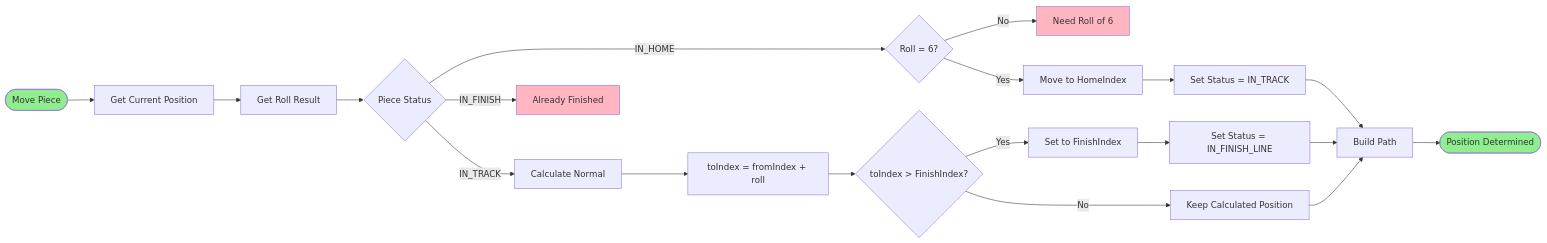
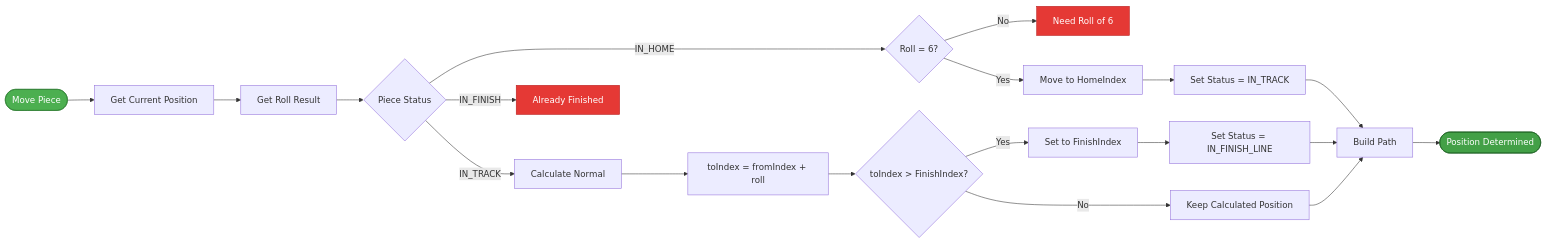
The ninth of 17 diagrams in gameplay-diagram.md (huanchainrgp/ludo-docs), drawn with Mermaid before and after one commit. The commit also changed other lines of this file and 1 other file, not shown here.

````diff
--- a/gameplay-diagram.md
+++ b/gameplay-diagram.md
@@ -385,34 +385,34 @@
 ```mermaid
 flowchart LR
     Start([Move Piece]) --> GetCurrent[Get Current Position]
     GetCurrent --> GetRoll[Get Roll Result]
     
     GetRoll --> CheckStatus{Piece Status}
     
     CheckStatus -->|IN_HOME| CheckRoll6{Roll = 6?}
     CheckStatus -->|IN_TRACK| CalculateNormal[Calculate Normal]
     CheckStatus -->|IN_FINISH| ErrorFinish[Already Finished]
     
     CheckRoll6 -->|No| ErrorHome[Need Roll of 6]
     CheckRoll6 -->|Yes| MoveToHomeIndex[Move to HomeIndex]
     MoveToHomeIndex --> SetTrack[Set Status = IN_TRACK]
     
     CalculateNormal --> CalculatePos[toIndex = fromIndex + roll]
     CalculatePos --> CheckFinish{toIndex > FinishIndex?}
     
     CheckFinish -->|Yes| SetFinishIndex[Set to FinishIndex]
     SetFinishIndex --> SetFinishStatus[Set Status = IN_FINISH_LINE]
     
     CheckFinish -->|No| KeepPosition[Keep Calculated Position]
     
     SetTrack --> BuildPath[Build Path]
     SetFinishStatus --> BuildPath
     KeepPosition --> BuildPath
     
     BuildPath --> End([Position Determined])
     
-    style Start fill:#90EE90
-    style End fill:#90EE90
-    style ErrorHome fill:#FFB6C1
-    style ErrorFinish fill:#FFB6C1
+    style Start fill:#4CAF50,stroke:#2E7D32,color:#FFFFFF
+    style End fill:#43A047,stroke:#1B5E20,color:#FFFFFF
+    style ErrorHome fill:#E53935,stroke:#B71C1C,color:#FFFFFF
+    style ErrorFinish fill:#E53935,stroke:#B71C1C,color:#FFFFFF
 ```
````
